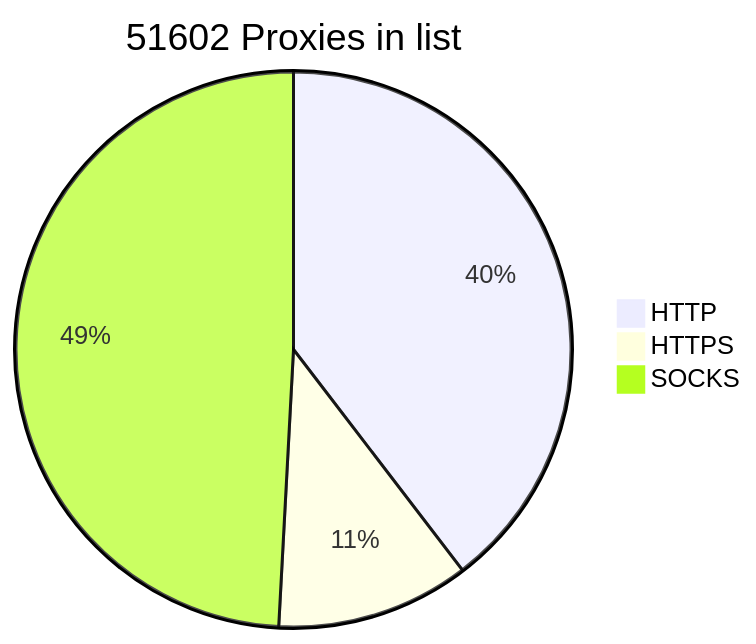
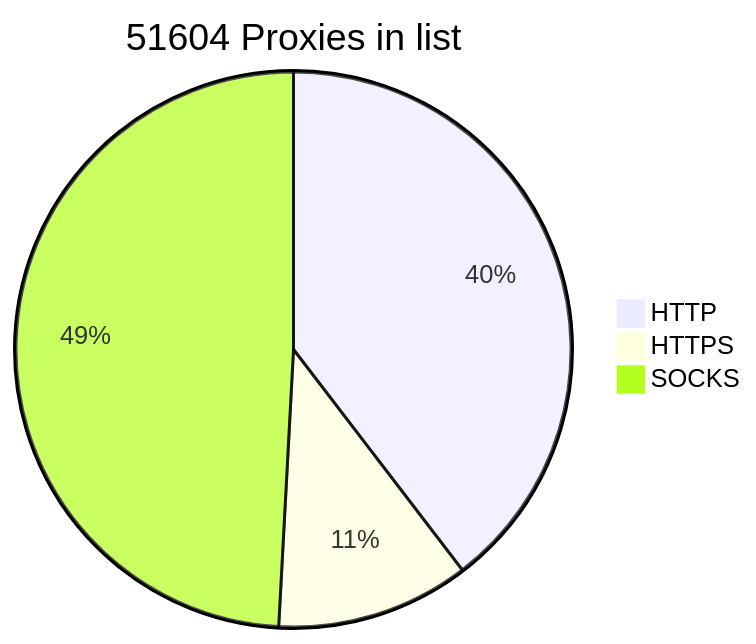
One commit to BlackSnowDot/proxylist-update-every-minute changed the diagram in README.md. Above: the diagram before and after it, drawn with Mermaid.

````diff
--- a/README.md
+++ b/README.md
@@ -2,6 +2,6 @@
 ```mermaid
-pie title 51602 Proxies in list
-    "HTTP" : 22696
-    "HTTPS": 6448
+pie title 51604 Proxies in list
+    "HTTP" : 22697
+    "HTTPS": 6449
     "SOCKS" : 28171
 ```
````
